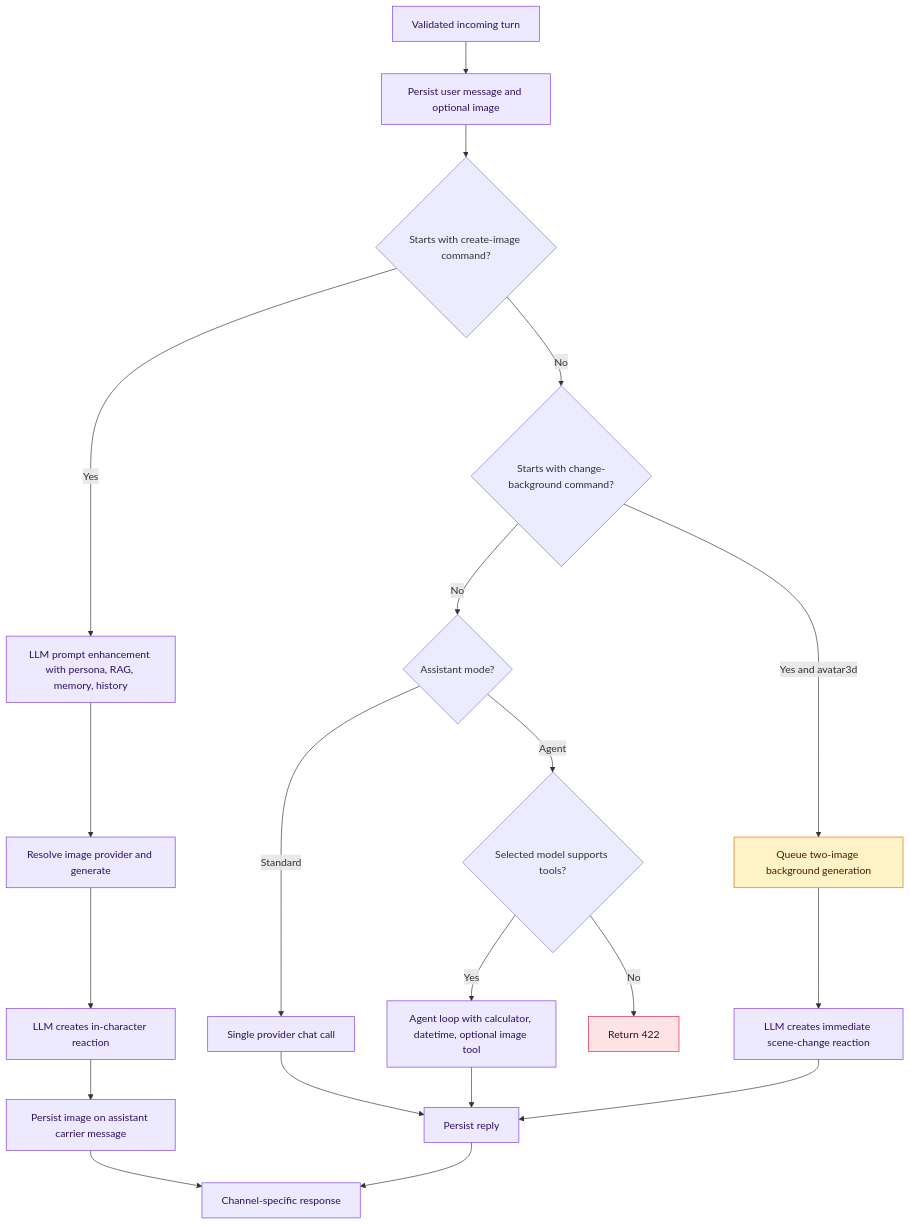
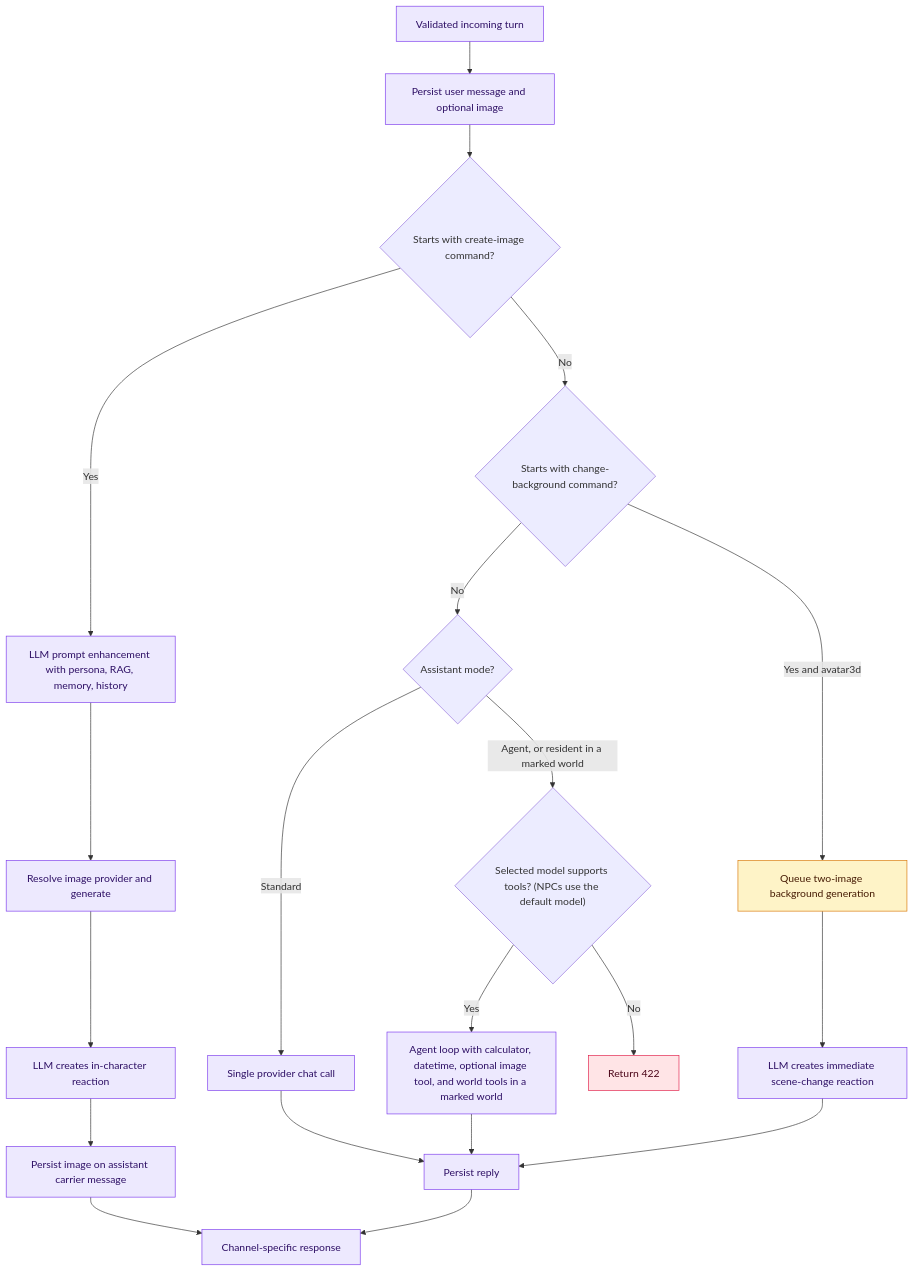
The second of 3 diagrams in docs/architecture/02-conversation-runtime.md (gaboeremita/laravel-vera), drawn with Mermaid before and after one commit. The commit also changed other lines of this file and 5 other files, not shown here.

First line of the commit message:
docs: describe world conversations and resident tools across the architecture docs

````diff
--- a/docs/architecture/02-conversation-runtime.md
+++ b/docs/architecture/02-conversation-runtime.md
@@ -76,31 +79,31 @@
 ```mermaid
 flowchart TD
     incoming["Validated incoming turn"] --> persist["Persist user message and optional image"]
     persist --> imageCommand{"Starts with create-image command?"}
     imageCommand -->|"Yes"| enhance["LLM prompt enhancement with persona, RAG, memory, history"]
     enhance --> imageProvider["Resolve image provider and generate"]
     imageProvider --> reaction["LLM creates in-character reaction"]
     reaction --> saveImage["Persist image on assistant carrier message"]
 
     imageCommand -->|"No"| backgroundCommand{"Starts with change-background command?"}
     backgroundCommand -->|"Yes and avatar3d"| queueBackground["Queue two-image background generation"]
     queueBackground --> sceneReaction["LLM creates immediate scene-change reaction"]
 
     backgroundCommand -->|"No"| mode{"Assistant mode?"}
     mode -->|"Standard"| singleChat["Single provider chat call"]
-    mode -->|"Agent"| eligibility{"Selected model supports tools?"}
+    mode -->|"Agent, or resident in a marked world"| eligibility{"Selected model supports tools? (NPCs use the default model)"}
     eligibility -->|"No"| reject["Return 422"]
-    eligibility -->|"Yes"| loop["Agent loop with calculator, datetime, optional image tool"]
+    eligibility -->|"Yes"| loop["Agent loop with calculator, datetime, optional image tool, and world tools in a marked world"]
     singleChat --> persistReply["Persist reply"]
     loop --> persistReply
     sceneReaction --> persistReply
     saveImage --> response["Channel-specific response"]
     persistReply --> response
 
     classDef core fill:#ede9fe,stroke:#7c3aed,color:#2e1065
     classDef async fill:#fef3c7,stroke:#d97706,color:#451a03
     classDef danger fill:#ffe4e6,stroke:#e11d48,color:#4c0519
     class incoming,persist,enhance,imageProvider,reaction,saveImage,sceneReaction,singleChat,loop,persistReply,response core
     class queueBackground async
     class reject danger
 ```
````
